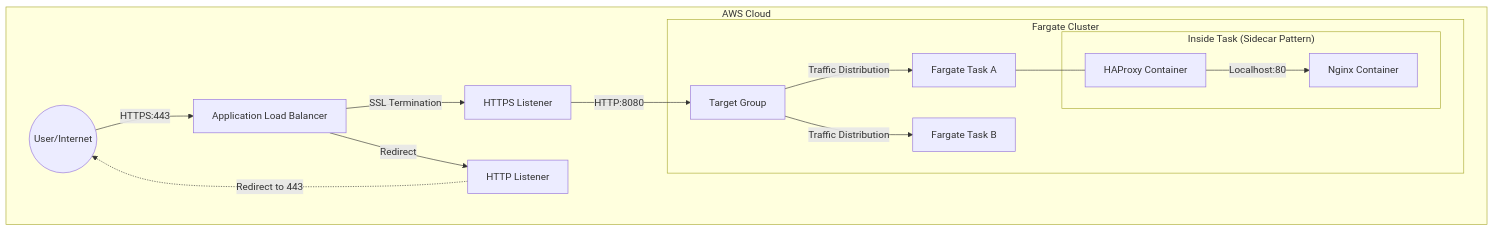
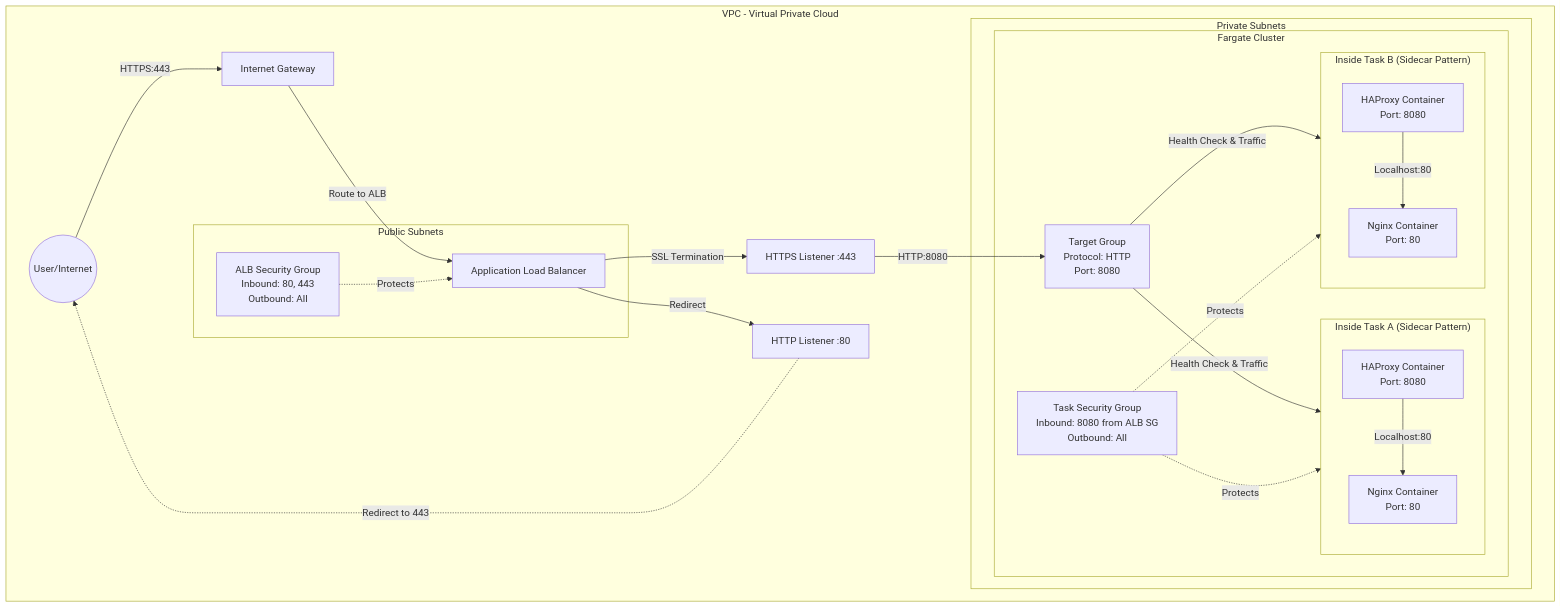
One commit to thuongdv/ds-dashboard changed the diagram in iac/README.md. Above: the diagram before and after it, drawn with Mermaid. The commit also changed other lines of this file, not shown here.

Commit message:
Update IaC diagram

````diff
--- a/iac/README.md
+++ b/iac/README.md
@@ -7,24 +7,40 @@
 ```mermaid
 graph TD
-    User((User/Internet)) -->|HTTPS:443| ALB[Application Load Balancer]
-    
-    subgraph AWS Cloud
-        ALB -->|SSL Termination| Listener443[HTTPS Listener]
-        ALB -->|Redirect| Listener80[HTTP Listener]
+    User((User/Internet)) -->|HTTPS:443| IGW[Internet Gateway]
+
+    subgraph VPC[VPC - Virtual Private Cloud]
+        IGW -->|Route to ALB| ALB[Application Load Balancer]
+
+        subgraph PublicSubnets[Public Subnets]
+            ALB
+            ALBSG[ALB Security Group<br/>Inbound: 80, 443<br/>Outbound: All]
+        end
+
+        ALB -->|SSL Termination| Listener443[HTTPS Listener :443]
+        ALB -->|Redirect| Listener80[HTTP Listener :80]
         Listener80 -.->|Redirect to 443| User
-        
-        Listener443 -->|HTTP:8080| TG[Target Group]
-        
-        subgraph Fargate Cluster
-            TG -->|Traffic Distribution| Task1[Fargate Task A]
-            TG -->|Traffic Distribution| Task2[Fargate Task B]
-            
-            subgraph "Inside Task (Sidecar Pattern)"
-                H1[HAProxy Container] -->|Localhost:80| N1[Nginx Container]
+
+        Listener443 -->|HTTP:8080| TG[Target Group<br/>Protocol: HTTP<br/>Port: 8080]
+
+        subgraph PrivateSubnets[Private Subnets]
+            subgraph FargateCluster[Fargate Cluster]
+                TG -->|Health Check & Traffic| Task1[Fargate Task A]
+                TG -->|Health Check & Traffic| Task2[Fargate Task B]
+
+                TaskSG[Task Security Group<br/>Inbound: 8080 from ALB SG<br/>Outbound: All]
+
+                subgraph Task1["Inside Task A (Sidecar Pattern)"]
+                    H1[HAProxy Container<br/>Port: 8080] -->|Localhost:80| N1[Nginx Container<br/>Port: 80]
+                end
+
+                subgraph Task2["Inside Task B (Sidecar Pattern)"]
+                    H2[HAProxy Container<br/>Port: 8080] -->|Localhost:80| N2[Nginx Container<br/>Port: 80]
+                end
             end
         end
+
+        TaskSG -.->|Protects| Task1
+        TaskSG -.->|Protects| Task2
+        ALBSG -.->|Protects| ALB
     end
-    
-    %% Relationships for Task 1
-    Task1 --- H1
 ```
````
